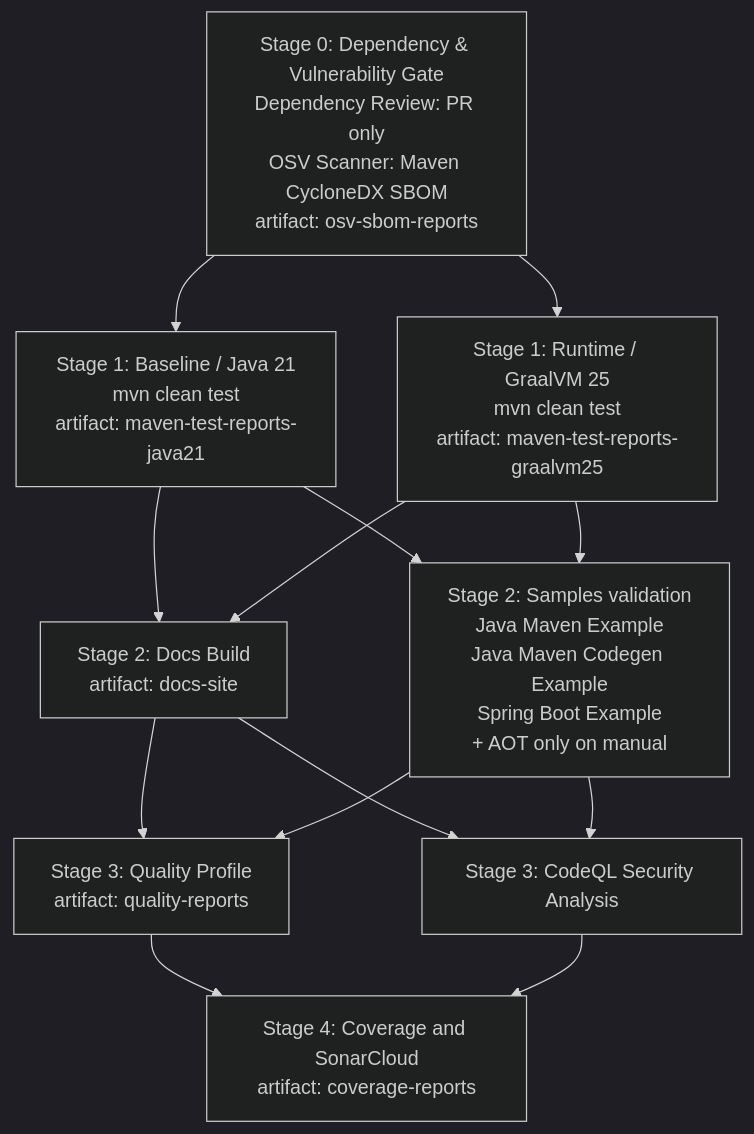
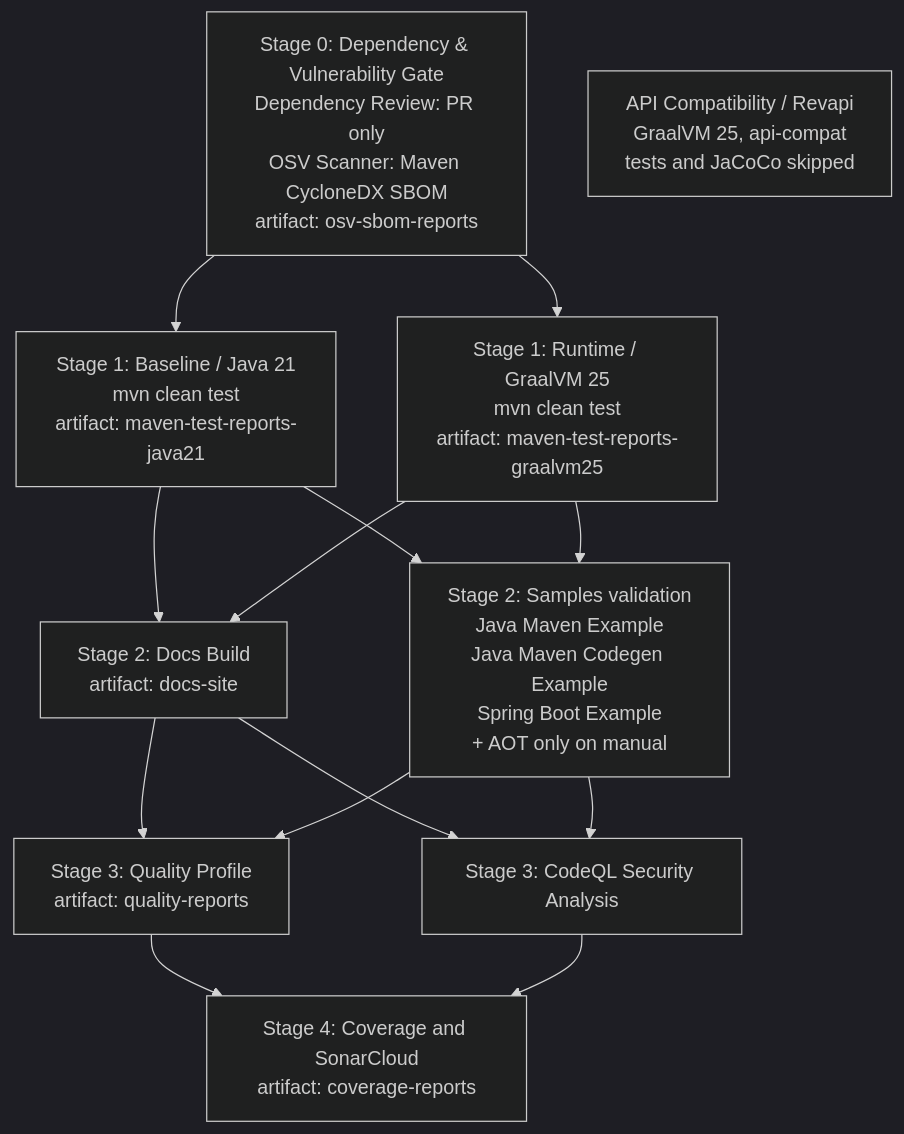
Before and after one commit to ih0r-d/polyglot-platform: the diagram in docs/developer-tooling.md, drawn with Mermaid (dark theme). The commit also changed other lines of this file and 1 other file, not shown here.

Commit message:
ci: enforce Java API compatibility checks with Revapi

````diff
--- a/docs/developer-tooling.md
+++ b/docs/developer-tooling.md
@@ -134,33 +148,35 @@
 ```mermaid
 flowchart TD
     DG["Stage 0: Dependency & Vulnerability Gate<br/>Dependency Review: PR only<br/>OSV Scanner: Maven CycloneDX SBOM<br/>artifact: osv-sbom-reports"]
 
     J21["Stage 1: Baseline / Java 21<br/>mvn clean test<br/>artifact: maven-test-reports-java21"]
     G25["Stage 1: Runtime / GraalVM 25<br/>mvn clean test<br/>artifact: maven-test-reports-graalvm25"]
+
+    API["API Compatibility / Revapi<br/>GraalVM 25, api-compat<br/>tests and JaCoCo skipped"]
 
     DOCS["Stage 2: Docs Build<br/>artifact: docs-site"]
     SAMPLES["Stage 2: Samples validation<br/>Java Maven Example<br/>Java Maven Codegen Example<br/>Spring Boot Example<br/>+ AOT only on manual"]
 
     QP["Stage 3: Quality Profile<br/>artifact: quality-reports"]
     CQL["Stage 3: CodeQL Security Analysis"]
 
     SONAR["Stage 4: Coverage and SonarCloud<br/>artifact: coverage-reports"]
 
     DG --> J21
     DG --> G25
 
     J21 --> DOCS
     G25 --> DOCS
 
     J21 --> SAMPLES
     G25 --> SAMPLES
 
     DOCS --> QP
     SAMPLES --> QP
 
     DOCS --> CQL
     SAMPLES --> CQL
 
     QP --> SONAR
     CQL --> SONAR
 ```
````
